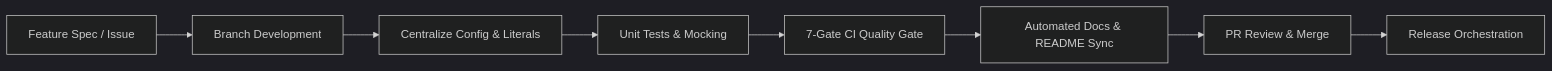
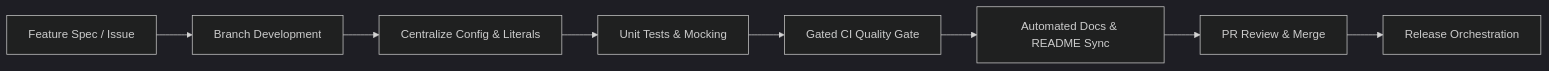
One commit to dan-petty/devops-cli changed the first of 2 diagrams in RELEASE_CYCLE.md. Above: the diagram before and after it, drawn with Mermaid (dark theme). The commit also changed other lines of this file and 112 other files, not shown here.

````diff
--- a/RELEASE_CYCLE.md
+++ b/RELEASE_CYCLE.md
@@ -31,10 +31,10 @@
 ```mermaid
 flowchart LR
     A[Feature Spec / Issue] --> B[Branch Development]
     B --> C[Centralize Config & Literals]
     C --> D[Unit Tests & Mocking]
-    D --> E[7-Gate CI Quality Gate]
+    D --> E[Gated CI Quality Gate]
     E --> F[Automated Docs & README Sync]
     F --> G[PR Review & Merge]
     G --> H[Release Orchestration]
 ```
````
